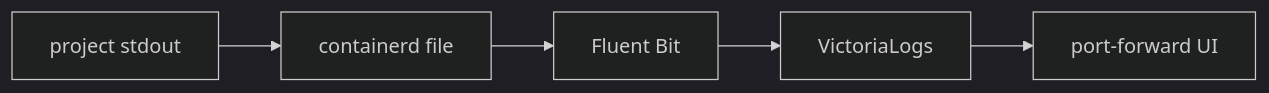
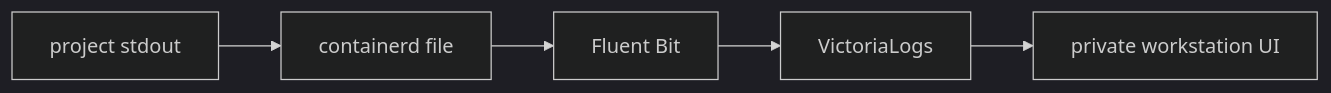
One commit to nacfson/nacfson_pipeline changed the third of 3 diagrams in ARCHITECTURE.md. Above: the diagram before and after it, drawn with Mermaid (dark theme). The commit also changed other lines of this file and 10 other files, not shown here.

First line of the commit message:
docs(observe): make the architecture docs describe one log system

````diff
--- a/ARCHITECTURE.md
+++ b/ARCHITECTURE.md
@@ -155,7 +155,7 @@
 ```mermaid
 flowchart LR
     Stdout["project stdout"] --> File["containerd file"]
     File --> FB["Fluent Bit"]
     FB --> VL["VictoriaLogs"]
-    VL --> UI["port-forward UI"]
+    VL --> UI["private workstation UI"]
 ```
````
